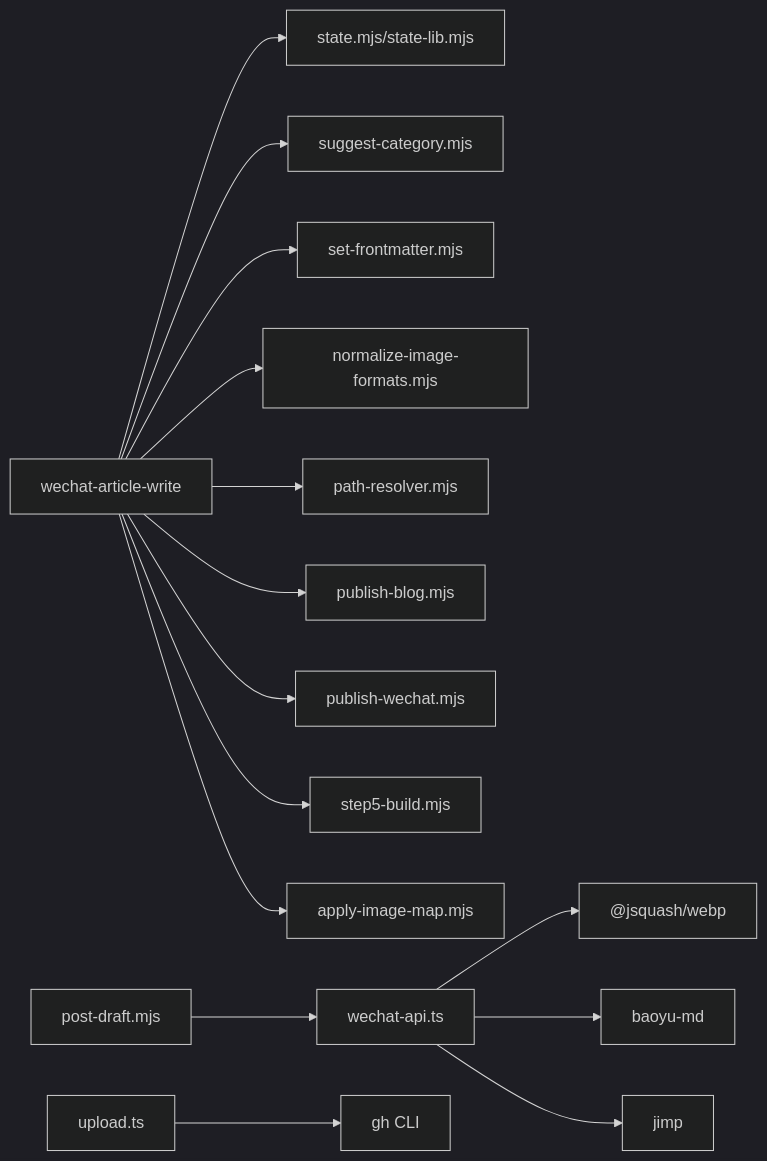
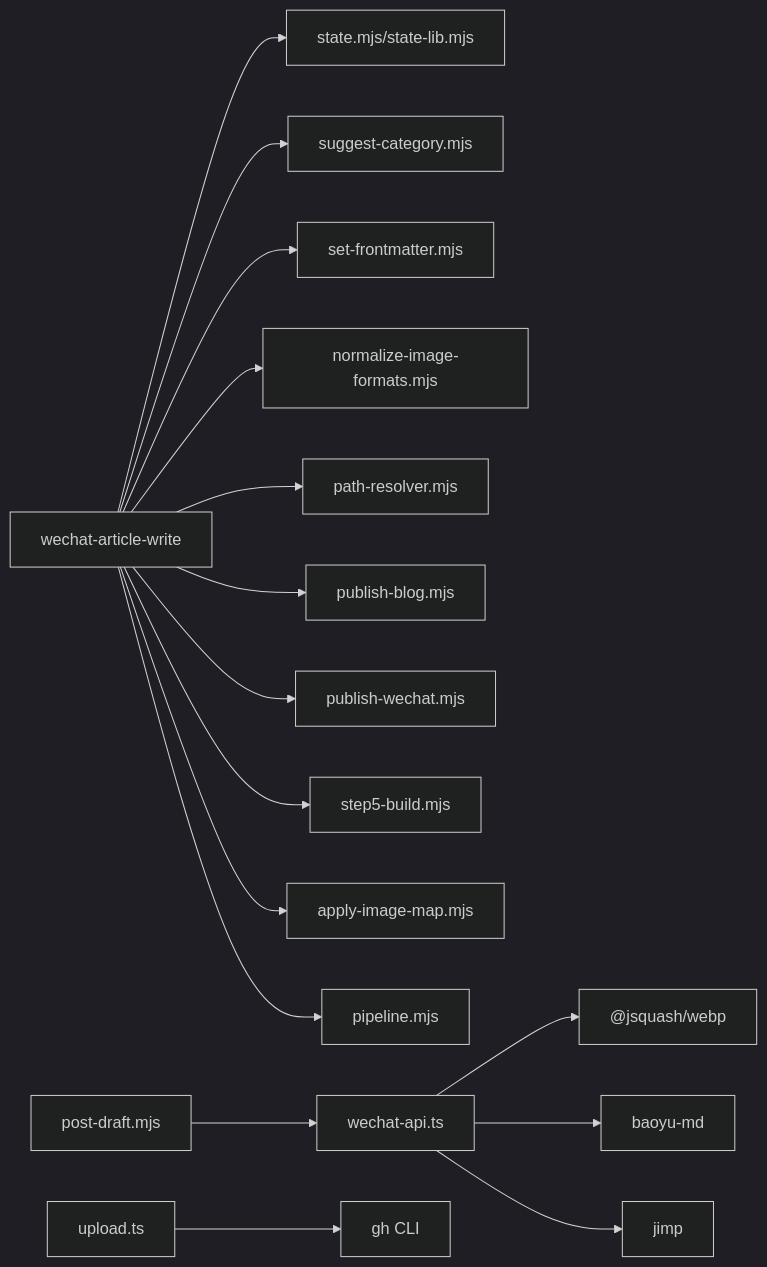
The sixth of 6 diagrams in .qoder/repowiki/zh/content/AI 技能系统/发布自动化技能/发布自动化技能.md (NTLx/ntlx.github.io), drawn with Mermaid (dark theme) before and after one commit. The commit also changed other lines of this file and 10 other files, not shown here.

````diff
--- a/.qoder/repowiki/zh/content/AI 技能系统/发布自动化技能/发布自动化技能.md
+++ b/.qoder/repowiki/zh/content/AI 技能系统/发布自动化技能/发布自动化技能.md
@@ -313,17 +318,18 @@
 ```mermaid
 graph LR
 A["wechat-article-write"] --> B["state.mjs/state-lib.mjs"]
 A --> C["suggest-category.mjs"]
 A --> D["set-frontmatter.mjs"]
 A --> E["normalize-image-formats.mjs"]
 A --> F["path-resolver.mjs"]
 A --> G["publish-blog.mjs"]
 A --> H["publish-wechat.mjs"]
 A --> I["step5-build.mjs"]
 A --> J["apply-image-map.mjs"]
-K["wechat-api.ts"] --> L["@jsquash/webp"]
-K --> M["baoyu-md"]
-K --> N["jimp"]
-O["post-draft.mjs"] --> K
-P["upload.ts"] --> Q["gh CLI"]
+A --> K["pipeline.mjs"]
+L["wechat-api.ts"] --> M["@jsquash/webp"]
+L --> N["baoyu-md"]
+L --> O["jimp"]
+P["post-draft.mjs"] --> L
+Q["upload.ts"] --> R["gh CLI"]
 ```
````
